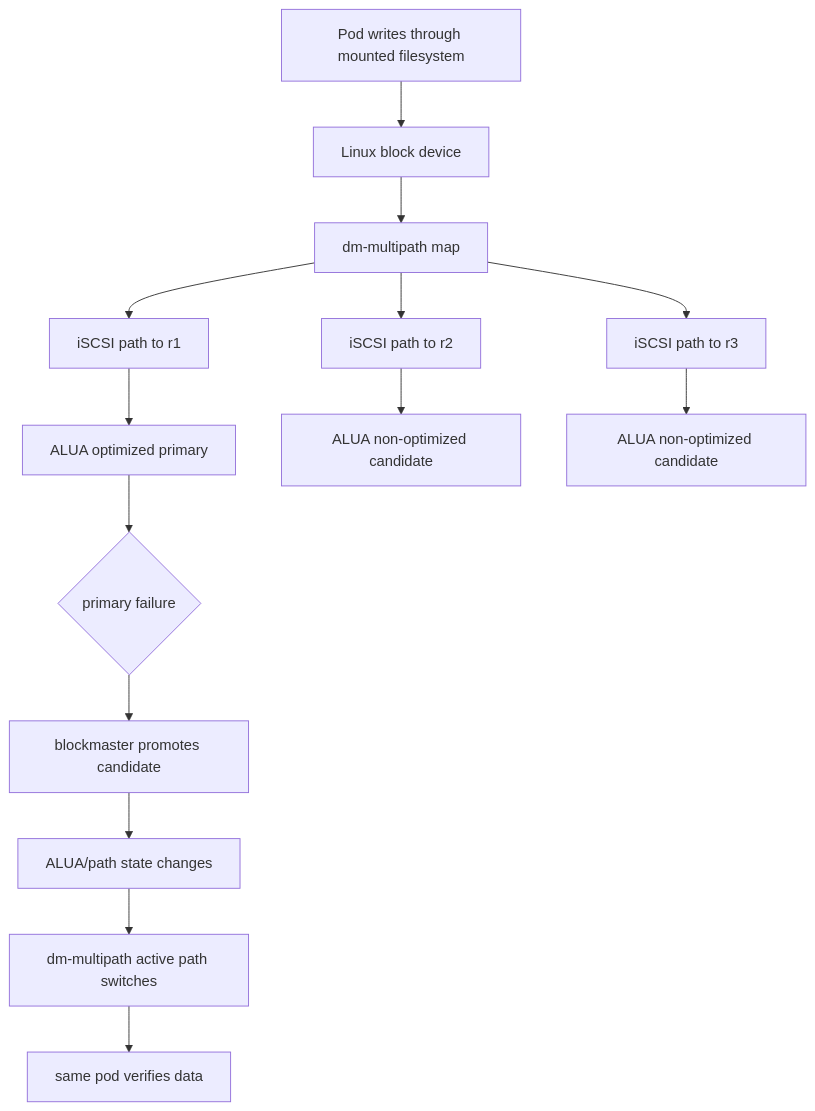
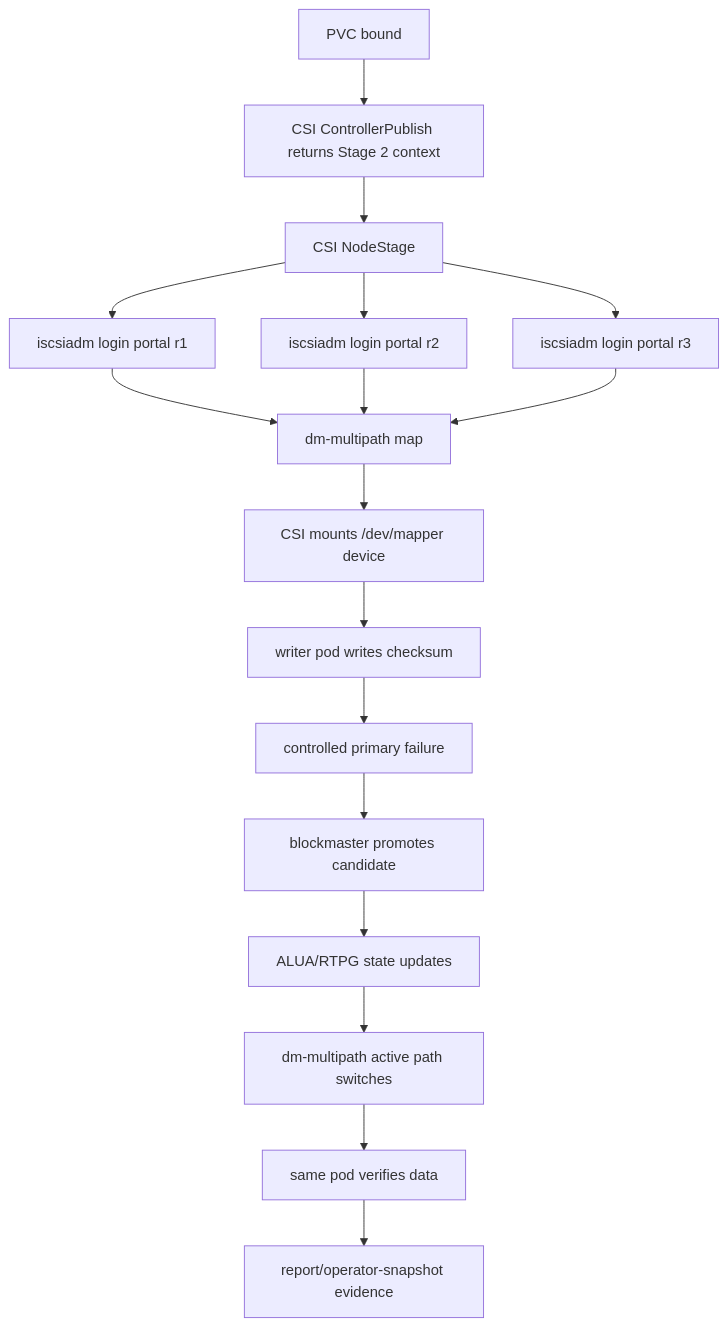
The second of 2 diagrams in docs/wiki/deep-dives/iscsi-alua-multipath.md (seaweedfs/seaweed-block), drawn with Mermaid before and after one commit. The commit also changed other lines of this file and 5 other files, not shown here.

````diff
--- a/docs/wiki/deep-dives/iscsi-alua-multipath.md
+++ b/docs/wiki/deep-dives/iscsi-alua-multipath.md
@@ -83,16 +256,19 @@
 ```mermaid
 flowchart TD
-  A[Pod writes through mounted filesystem] --> B[Linux block device]
-  B --> C[dm-multipath map]
-  C --> D1[iSCSI path to r1]
-  C --> D2[iSCSI path to r2]
-  C --> D3[iSCSI path to r3]
-  D1 --> E[ALUA optimized primary]
-  D2 --> F[ALUA non-optimized candidate]
-  D3 --> G[ALUA non-optimized candidate]
-  E --> H{primary failure}
-  H --> I[blockmaster promotes candidate]
-  I --> J[ALUA/path state changes]
-  J --> K[dm-multipath active path switches]
-  K --> L[same pod verifies data]
+  PVC[PVC bound] --> CP[CSI ControllerPublish returns Stage 2 context]
+  CP --> NS[CSI NodeStage]
+  NS --> L1[iscsiadm login portal r1]
+  NS --> L2[iscsiadm login portal r2]
+  NS --> L3[iscsiadm login portal r3]
+  L1 --> MP[dm-multipath map]
+  L2 --> MP
+  L3 --> MP
+  MP --> MNT[CSI mounts /dev/mapper device]
+  MNT --> W[writer pod writes checksum]
+  W --> F[controlled primary failure]
+  F --> AUTH[blockmaster promotes candidate]
+  AUTH --> ALUA[ALUA/RTPG state updates]
+  ALUA --> SWITCH[dm-multipath active path switches]
+  SWITCH --> VERIFY[same pod verifies data]
+  VERIFY --> REPORT[report/operator-snapshot evidence]
 ```
````
